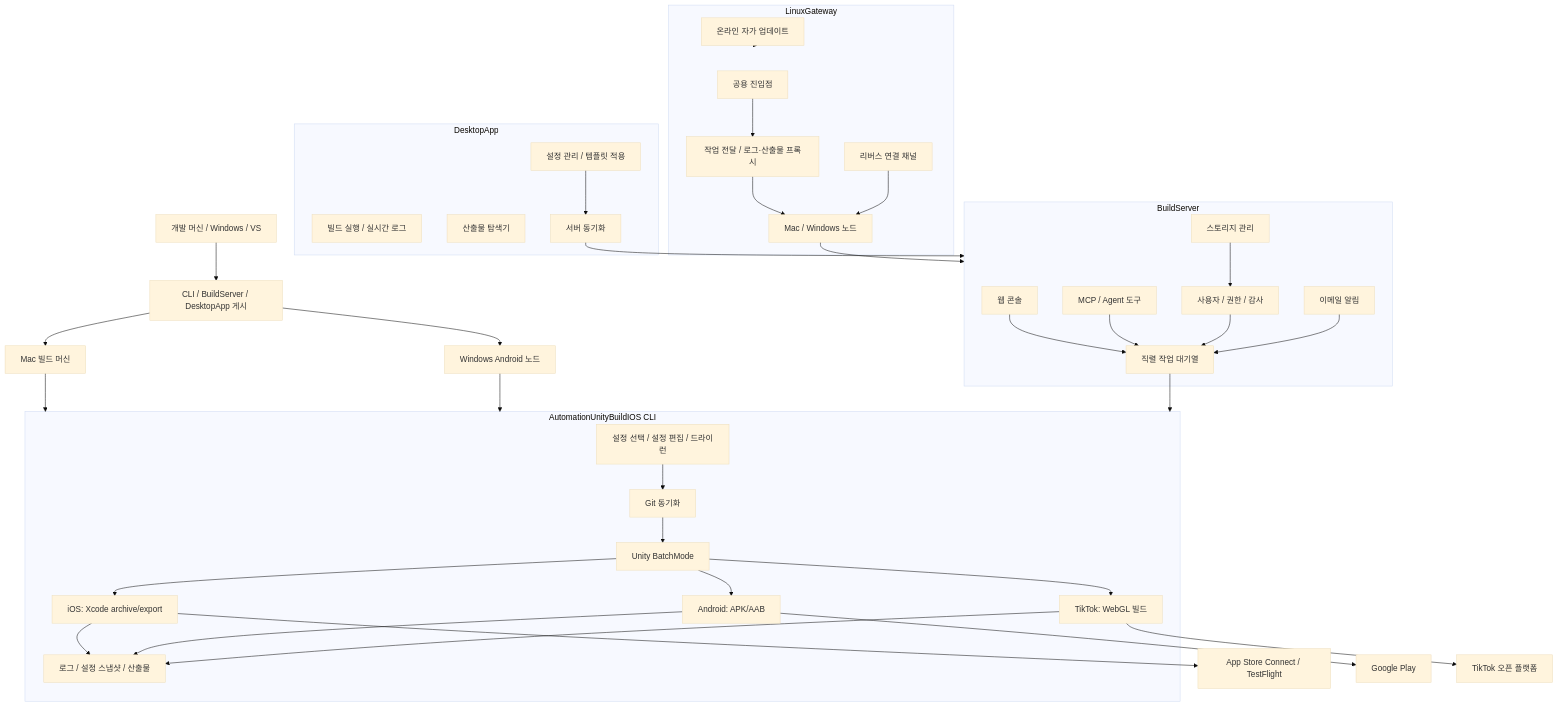
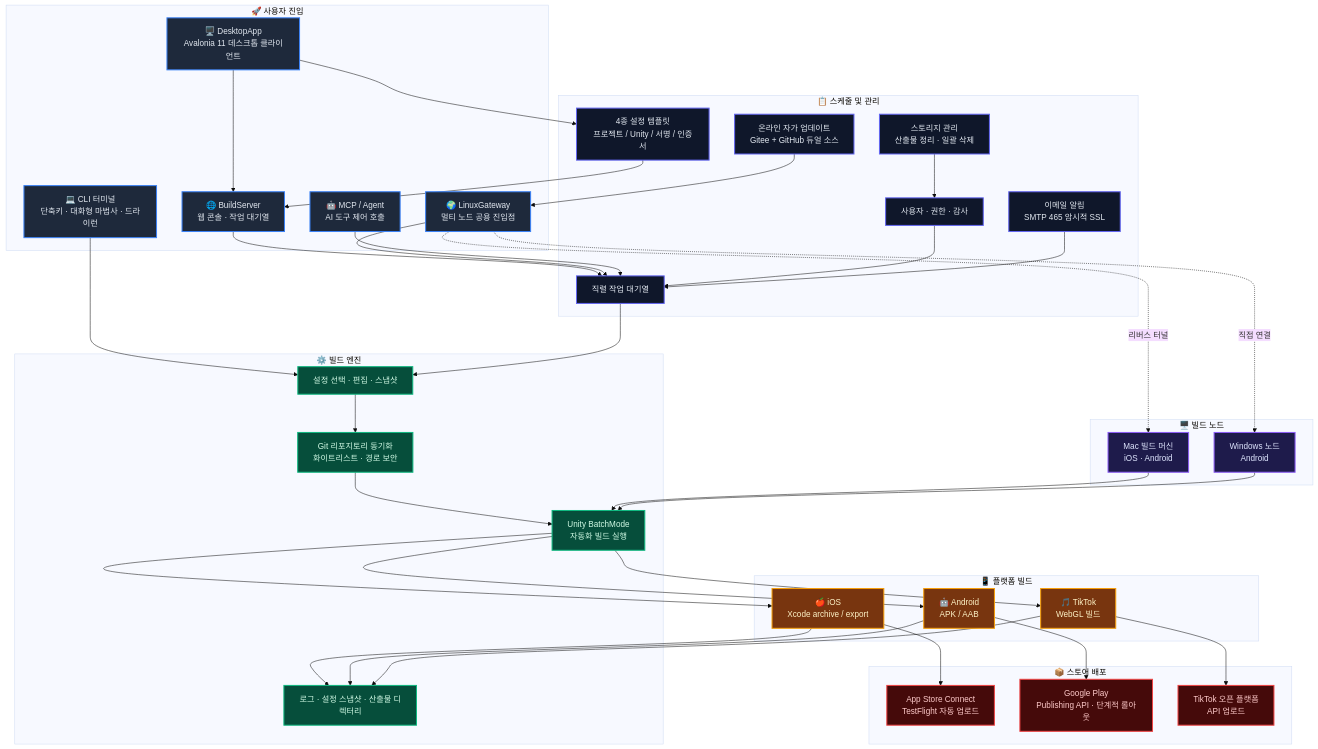
One commit to chenfengyimei/AutomationUnityBuild changed the diagram in README.ko.md. Above: the diagram before and after it, drawn with Mermaid (base theme). The commit also changed 6 other files, not shown here.

First line of the commit message:
﻿【文档】全语言 README 架构图统一升级

````diff
--- a/README.ko.md
+++ b/README.ko.md
@@ -116,63 +116,94 @@
 ```mermaid
 graph TB
-    Dev["개발 머신 / Windows / VS"] --> Publish["CLI / BuildServer / DesktopApp 게시"]
-    Publish --> Mac["Mac 빌드 머신"]
-    Publish --> Win["Windows Android 노드"]
-
-    subgraph CLI["AutomationUnityBuildIOS CLI"]
-        Config["설정 선택 / 설정 편집 / 드라이런"]
-        Git["Git 동기화"]
-        Unity["Unity BatchMode"]
-        Ios["iOS: Xcode archive/export"]
-        Android["Android: APK/AAB"]
-        Tiktok["TikTok: WebGL 빌드"]
-        Logs["로그 / 설정 스냅샷 / 산출물"]
+    subgraph Entry["🚀 사용자 진입"]
+        CLI["💻 CLI 터미널<br/>단축키 · 대화형 마법사 · 드라이런"]
+        WebUI["🌐 BuildServer<br/>웹 콘솔 · 작업 대기열"]
+        Desktop["🖥️ DesktopApp<br/>Avalonia 11 데스크톱 클라이언트"]
+        Gateway["🌍 LinuxGateway<br/>멀티 노드 공용 진입점"]
+        Agent["🤖 MCP / Agent<br/>AI 도구 제어 호출"]
     end
 
-    Mac --> CLI
-    Win --> CLI
-    Config --> Git --> Unity
-    Unity --> Ios --> Logs
-    Unity --> Android --> Logs
-    Unity --> Tiktok --> Logs
-    Ios --> ASC["App Store Connect / TestFlight"]
-    Android --> GP["Google Play"]
-    Tiktok --> TT["TikTok 오픈 플랫폼"]
-
-    subgraph Web["BuildServer"]
-        UI["웹 콘솔"]
+    subgraph Schedule["📋 스케줄 및 관리"]
         Queue["직렬 작업 대기열"]
-        Audit["사용자 / 권한 / 감사"]
-        Email["이메일 알림"]
-        Storage["스토리지 관리"]
-        MCP["MCP / Agent 도구"]
+        Auth["사용자 · 권한 · 감사"]
+        Email["이메일 알림<br/>SMTP 465 암시적 SSL"]
+        Storage["스토리지 관리<br/>산출물 정리 · 일괄 삭제"]
+        Templates["4종 설정 템플릿<br/>프로젝트 / Unity / 서명 / 인증서"]
+        AutoUpdate["온라인 자가 업데이트<br/>Gitee + GitHub 듀얼 소스"]
     end
 
-    UI --> Queue --> CLI
-    MCP --> Queue
-    Audit --> Queue
-    Email --> Queue
-    Storage --> Audit
-
-    subgraph Desktop["DesktopApp"]
-        DConfig["설정 관리 / 템플릿 적용"]
-        DBuild["빌드 실행 / 실시간 로그"]
-        DArtifacts["산출물 탐색기"]
-        DSync["서버 동기화"]
+    subgraph Engine["⚙️ 빌드 엔진"]
+        Config["설정 선택 · 편집 · 스냅샷"]
+        GitSync["Git 리포지토리 동기화<br/>화이트리스트 · 경로 보안"]
+        Unity["Unity BatchMode<br/>자동화 빌드 실행"]
+        Logs["로그 · 설정 스냅샷 · 산출물 디렉터리"]
     end
 
-    DConfig --> DSync
-    DSync --> Web
-
-    subgraph Gateway["LinuxGateway"]
-        PublicUI["공용 진입점"]
-        Nodes["Mac / Windows 노드"]
-        Forward["작업 전달 / 로그·산출물 프록시"]
-        Reverse["리버스 연결 채널"]
-        Update["온라인 자가 업데이트"]
+    subgraph Platforms["📱 플랫폼 빌드"]
+        iOS["🍎 iOS<br/>Xcode archive / export"]
+        Android["🤖 Android<br/>APK / AAB"]
+        TikTok["🎵 TikTok<br/>WebGL 빌드"]
     end
 
-    PublicUI --> Forward --> Nodes --> Web
-    Reverse --> Nodes
-    Update --> Gateway
+    subgraph Stores["📦 스토어 배포"]
+        ASC["App Store Connect<br/>TestFlight 자동 업로드"]
+        GP["Google Play<br/>Publishing API · 단계적 롤아웃"]
+        TT["TikTok 오픈 플랫폼<br/>API 업로드"]
+    end
+
+    subgraph BuildNodes["🖥️ 빌드 노드"]
+        Mac["Mac 빌드 머신<br/>iOS · Android"]
+        Win["Windows 노드<br/>Android"]
+    end
+
+    %% ── 진입 → 스케줄/엔진 ──
+    CLI --> Config
+    WebUI --> Queue
+    Desktop --> Templates
+    Desktop --> WebUI
+    Gateway --> Queue
+    Agent --> Queue
+
+    %% ── 스케줄 내부 ──
+    Queue --> Config
+    Auth --> Queue
+    Email --> Queue
+    Storage --> Auth
+    Templates --> WebUI
+    AutoUpdate --> Gateway
+
+    %% ── 빌드 흐름 ──
+    Config --> GitSync --> Unity
+    Unity --> iOS
+    Unity --> Android
+    Unity --> TikTok
+
+    iOS --> Logs
+    Android --> Logs
+    TikTok --> Logs
+
+    %% ── 스토어 배포 ──
+    iOS --> ASC
+    Android --> GP
+    TikTok --> TT
+
+    %% ── 빌드 노드 ──
+    Mac --> Unity
+    Win --> Unity
+    Gateway -.->|"리버스 터널"| Mac
+    Gateway -.->|"직접 연결"| Win
+
+    classDef entry fill:#1e293b,stroke:#3b82f6,stroke-width:2px,color:#e2e8f0
+    classDef schedule fill:#0f172a,stroke:#6366f1,stroke-width:2px,color:#e2e8f0
+    classDef engine fill:#064e3b,stroke:#10b981,stroke-width:2px,color:#d1fae5
+    classDef platform fill:#78350f,stroke:#f59e0b,stroke-width:2px,color:#fef3c7
+    classDef store fill:#450a0a,stroke:#ef4444,stroke-width:2px,color:#fecaca
+    classDef buildnode fill:#1e1b4b,stroke:#8b5cf6,stroke-width:2px,color:#e0e7ff
+
+    class CLI,WebUI,Desktop,Gateway,Agent entry
+    class Queue,Auth,Email,Storage,Templates,AutoUpdate schedule
+    class Config,GitSync,Unity,Logs engine
+    class iOS,Android,TikTok platform
+    class ASC,GP,TT store
+    class Mac,Win buildnode
 ```
````
